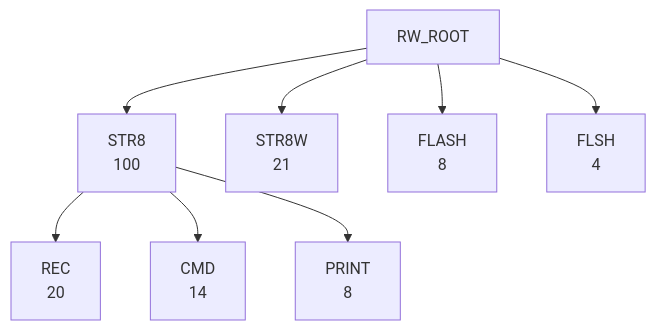
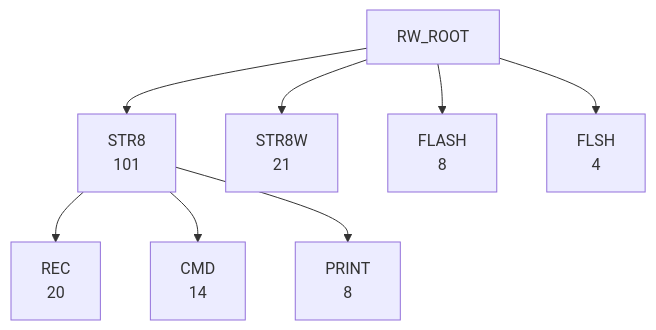
One commit to 95westus/R-YORS changed the fifth of 6 diagrams in DOC/GENERATED/ROUTINE_WORD_TREE.md. Above: the diagram before and after it, drawn with Mermaid. The commit also changed other lines of this file and 42 other files, not shown here.

````diff
--- a/DOC/GENERATED/ROUTINE_WORD_TREE.md
+++ b/DOC/GENERATED/ROUTINE_WORD_TREE.md
@@ -77,10 +77,10 @@
 ```mermaid
 flowchart TD
-    RW_ROOT --> RW_STR8["STR8<br/>100"]
+    RW_ROOT --> RW_STR8["STR8<br/>101"]
     RW_ROOT --> RW_STR8W["STR8W<br/>21"]
     RW_ROOT --> RW_FLASH["FLASH<br/>8"]
     RW_ROOT --> RW_FLSH["FLSH<br/>4"]
     RW_STR8 --> RW_STR8_REC["REC<br/>20"]
     RW_STR8 --> RW_STR8_CMD["CMD<br/>14"]
     RW_STR8 --> RW_STR8_PRINT["PRINT<br/>8"]
 ```
````
